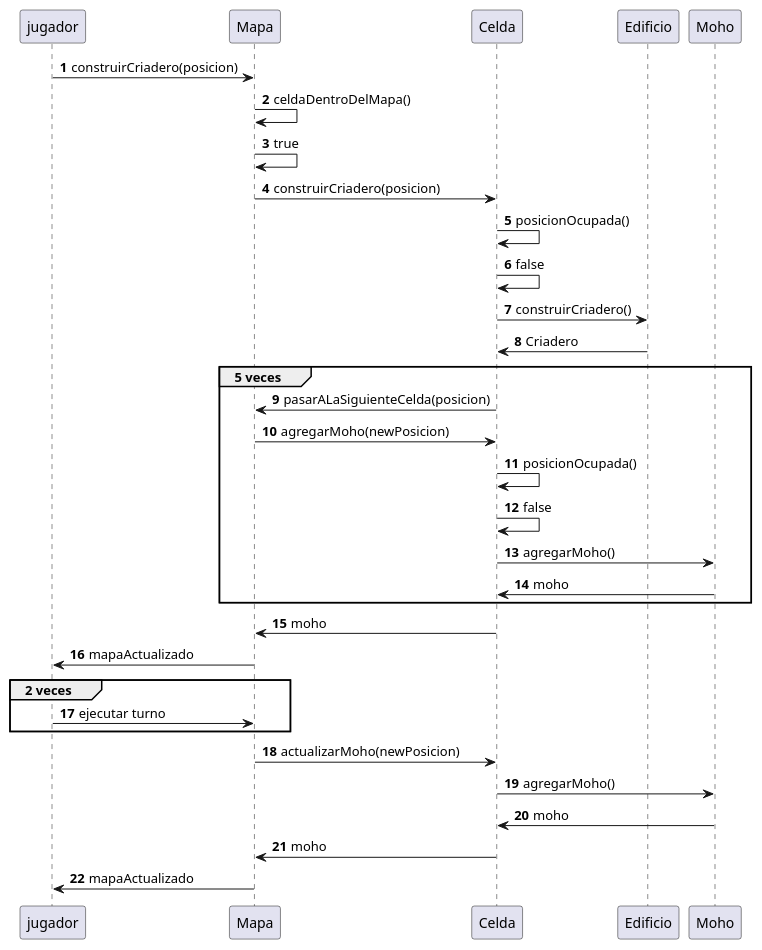
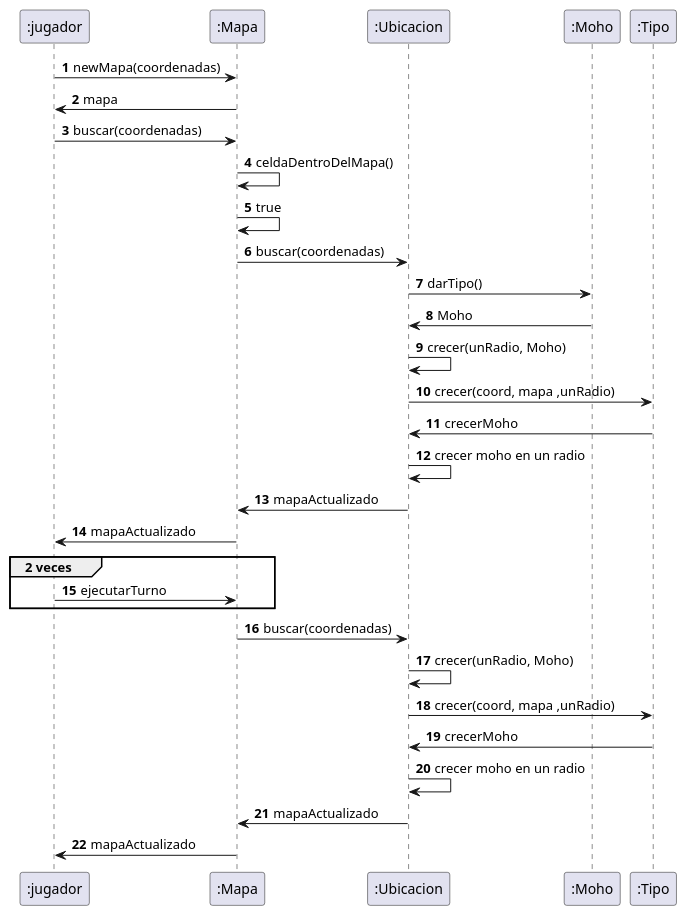
Before and after one commit to nicolasgirardi/algo3_TP2_AlgoStar: the diagram in diagrams/sequences/CasoDeUso6.puml, drawn with PlantUML. The commit also changed 2 other files, not shown here.

Commit message:
actualizo diagramas de secuencia

```diff
--- a/diagrams/sequences/CasoDeUso6.puml
+++ b/diagrams/sequences/CasoDeUso6.puml
@@ -1,36 +1,35 @@
 @startuml
 'https://plantuml.com/sequence-diagram
 
 autonumber
-jugador -> Mapa: construirCriadero(posicion)
-Mapa -> Mapa: celdaDentroDelMapa()
-Mapa -> Mapa: true
+":jugador" -> ":Mapa": newMapa(coordenadas)
+":Mapa" -> ":jugador": mapa
 
-Mapa -> Celda: construirCriadero(posicion)
-Celda -> Celda: posicionOcupada()
-Celda -> Celda: false
-Celda -> Edificio: construirCriadero()
-Edificio -> Celda: Criadero
-group 5 veces
-    Celda -> Mapa: pasarALaSiguienteCelda(posicion)
-    Mapa -> Celda: agregarMoho(newPosicion)
-    Celda -> Celda: posicionOcupada()
-    Celda -> Celda: false
-    Celda -> Moho: agregarMoho()
-    Moho -> Celda: moho
+":jugador" -> ":Mapa": buscar(coordenadas)
+":Mapa" -> ":Mapa": celdaDentroDelMapa()
+":Mapa" -> ":Mapa": true
+
+":Mapa" -> ":Ubicacion": buscar(coordenadas)
+":Ubicacion" -> ":Moho": darTipo()
+":Moho" -> ":Ubicacion": Moho
+":Ubicacion" -> ":Ubicacion": crecer(unRadio, Moho)
+":Ubicacion" -> ":Tipo": crecer(coord, mapa ,unRadio)
+":Tipo" -> ":Ubicacion": crecerMoho
+":Ubicacion" -> ":Ubicacion": crecer moho en un radio
+":Ubicacion" -> ":Mapa": mapaActualizado
+":Mapa" -> ":jugador": mapaActualizado
+group 2 veces
+      ":jugador" -> ":Mapa": ejecutarTurno
 end
-Celda -> Mapa: moho
-Mapa -> jugador: mapaActualizado
-group 2 veces
-      jugador -> Mapa: ejecutar turno
-end
-Mapa -> Celda: actualizarMoho(newPosicion)
-Celda -> Moho: agregarMoho()
-Moho -> Celda: moho
-Celda -> Mapa: moho
-Mapa -> jugador: mapaActualizado
+":Mapa" -> ":Ubicacion": buscar(coordenadas)
+":Ubicacion" -> ":Ubicacion": crecer(unRadio, Moho)
+":Ubicacion" -> ":Tipo": crecer(coord, mapa ,unRadio)
+":Tipo" -> ":Ubicacion": crecerMoho
+":Ubicacion" -> ":Ubicacion": crecer moho en un radio
+":Ubicacion" -> ":Mapa": mapaActualizado
+":Mapa" -> ":jugador": mapaActualizado
 
 
 
 
 @enduml
```
